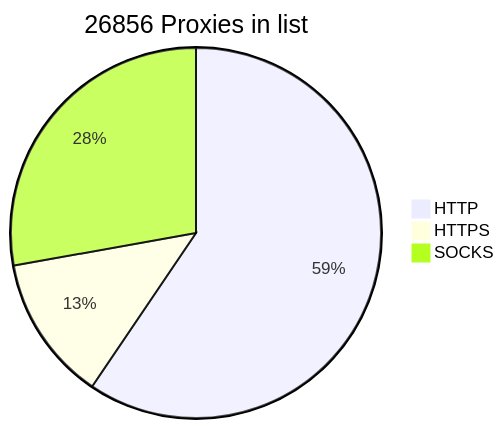
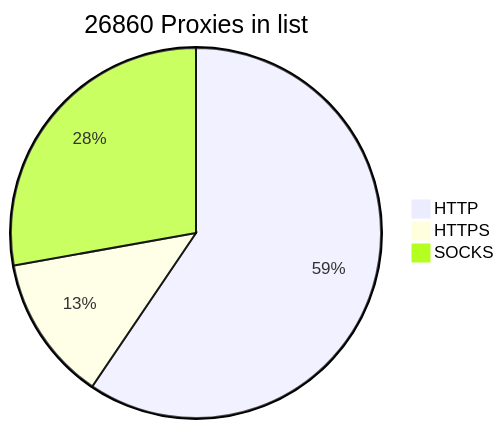
The diagram in README.md (BlackSnowDot/proxylist-update-every-minute), drawn with Mermaid before and after one commit. The commit also changed other lines of this file, not shown here.

````diff
--- a/README.md
+++ b/README.md
@@ -2,6 +2,6 @@
 ```mermaid
-pie title 26856 Proxies in list
-    "HTTP" : 17569
-    "HTTPS": 3756
+pie title 26860 Proxies in list
+    "HTTP" : 17570
+    "HTTPS": 3761
     "SOCKS" : 8218
 ```
````
